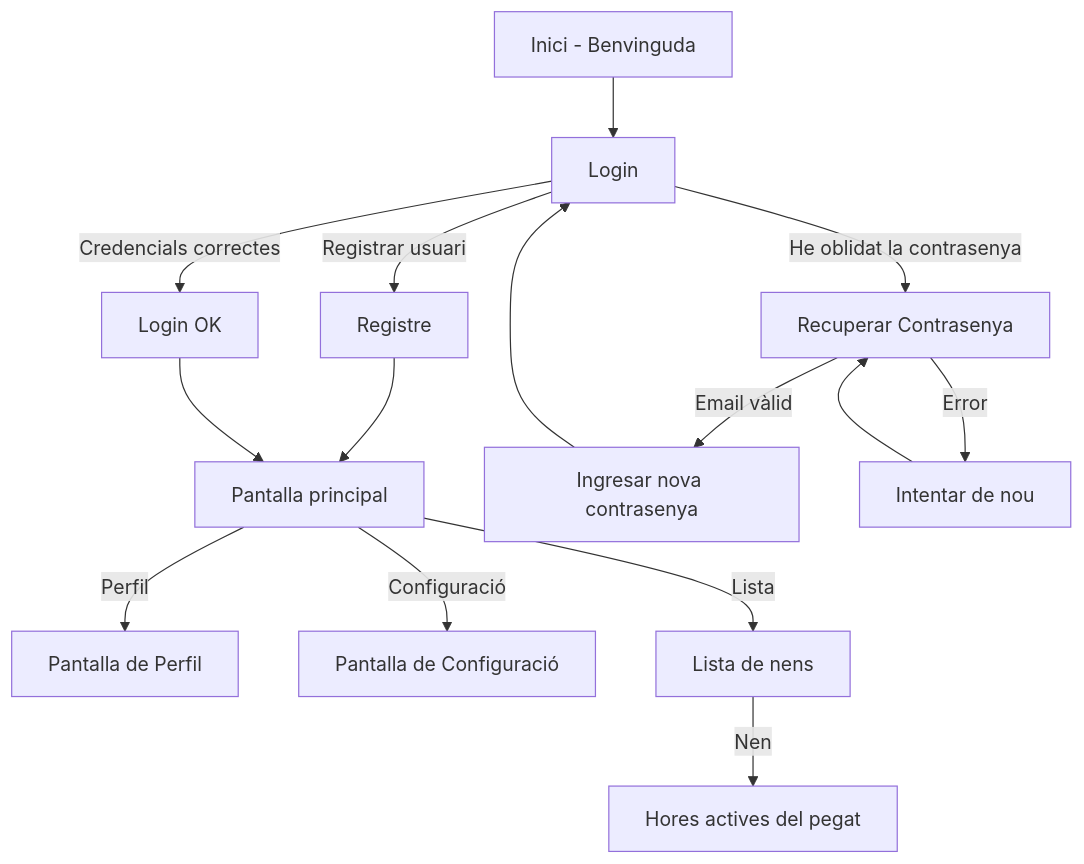
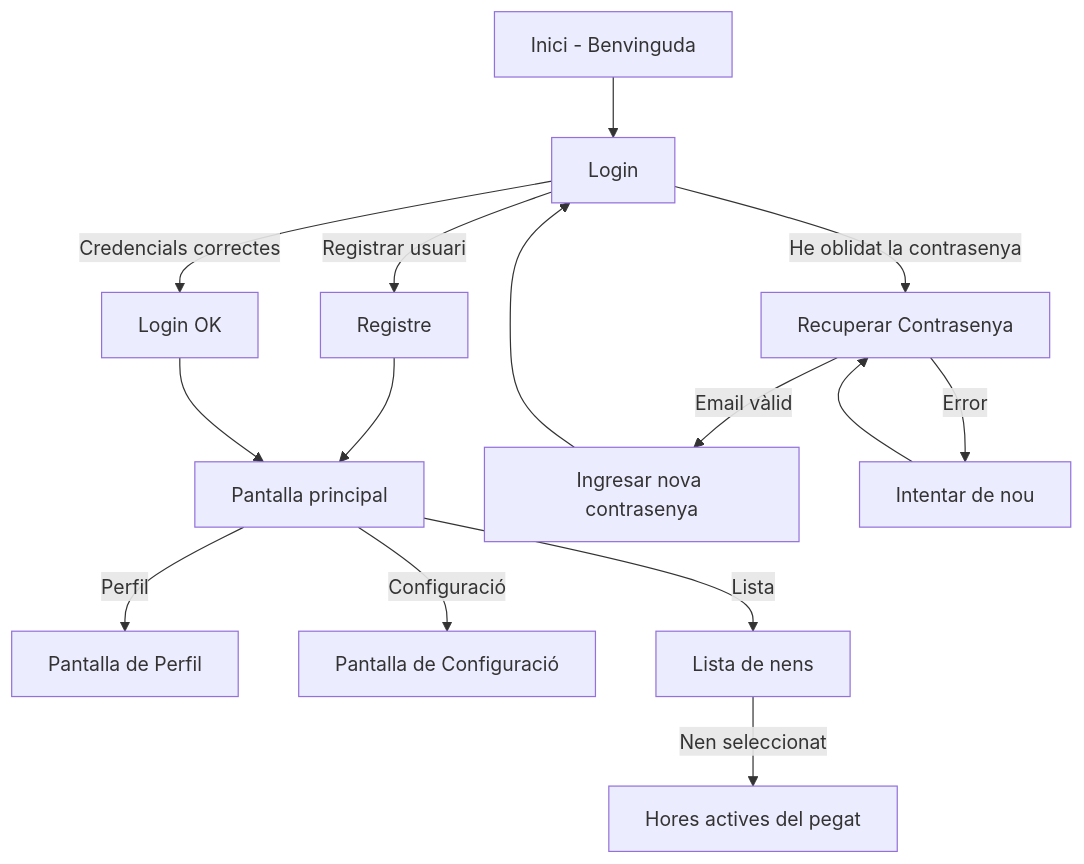
Before and after one commit to dmontes901/TapatApp: the diagram in charts/diagramaNavegacio.mmd, drawn with Mermaid.

```diff
--- a/charts/diagramaNavegacio.mmd
+++ b/charts/diagramaNavegacio.mmd
@@ -1,16 +1,16 @@
 flowchart TD;
     A["Inici - Benvinguda"] --> B["Login"];
     B -->|Registrar usuari| C["Registre"];
     C --> E["Pantalla principal"];
     B -->|Credencials correctes| D["Login OK "];
 
     
     D --> E["Pantalla principal"];
     E -->|Perfil| F["Pantalla de Perfil"];
     E -->|Configuració| G["Pantalla de Configuració"];
     E -->|Lista|J["Lista de nens"];
-    J -->|Nen|K["Hores actives del pegat"];
+    J -->|Nen seleccionat|K["Hores actives del pegat"];
     
     B -->|He oblidat la contrasenya| H["Recuperar Contrasenya"];
     H -->|Email vàlid| I["Ingresar nova contrasenya"] --> B;
     H -->|Error| H1["Intentar de nou"] --> H;
```
